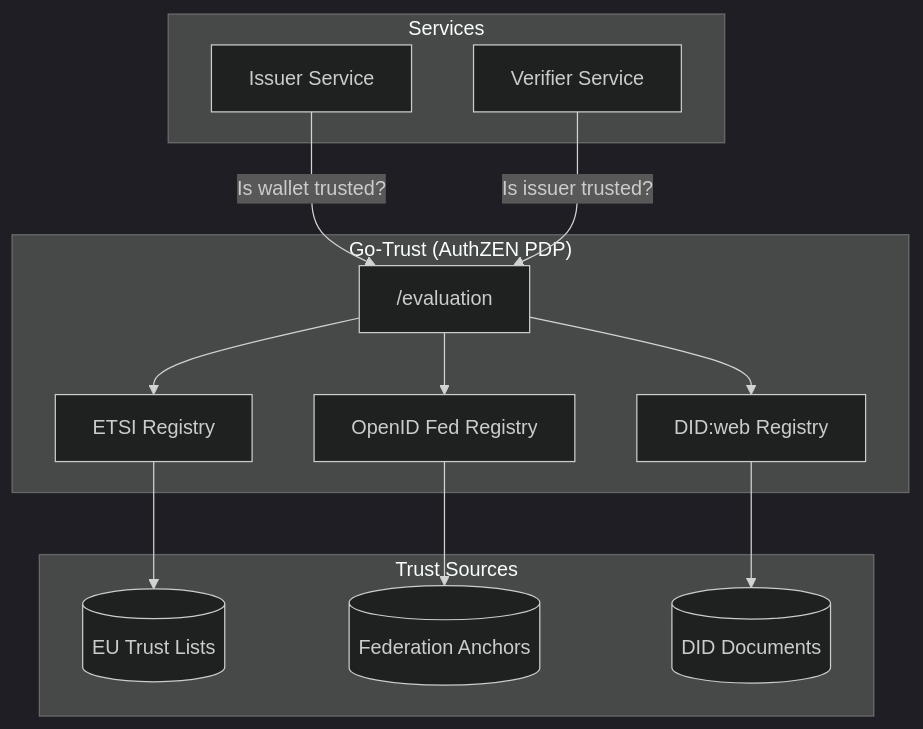
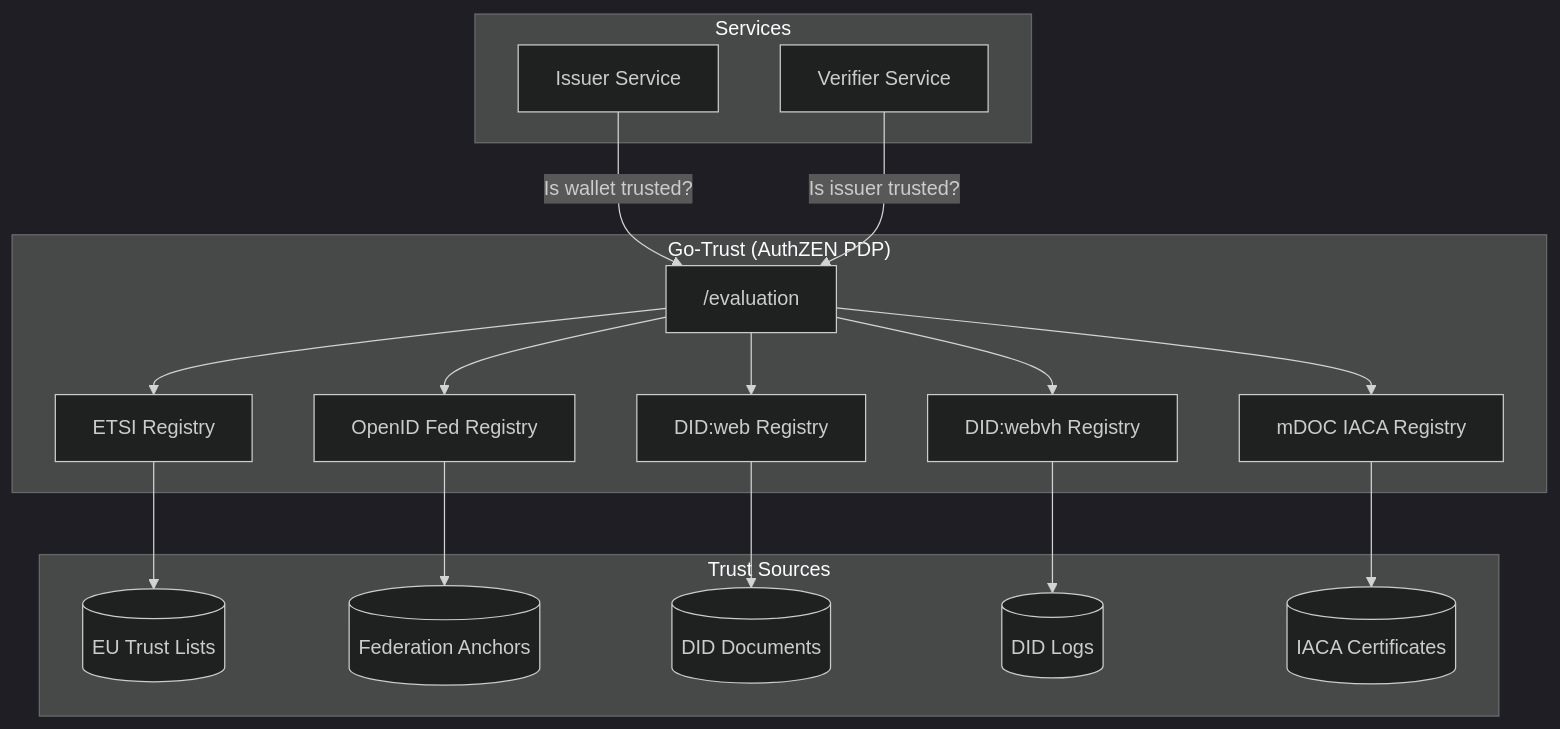
The first of 6 diagrams in docs/sirosid/trust/index.md (sirosfoundation/docs), drawn with Mermaid (dark theme) before and after one commit. The commit also changed 1 other file, not shown here.

Commit message:
Document trust evaluation architecture and policy enforcement pattern
- Add 'Trust Evaluation Architecture' section to go-trust.md explaining the
  canonical pattern: role → policy mapper → request context → registry evaluates
  key against filtered trust anchors
- Add table documenting how each registry uses policy constraints (ETSI dynamic
  cert pools, OIDFed key binding, DID domain/service filtering, mDOC IACA
  policy allowlists)
- Update trust overview diagram to include DID:webvh and mDOC IACA registries

````diff
--- a/docs/sirosid/trust/index.md
+++ b/docs/sirosid/trust/index.md
@@ -26,31 +26,39 @@
 ```mermaid
 flowchart TD
     subgraph Services
         Issuer[Issuer Service]
         Verifier[Verifier Service]
     end
     
     subgraph "Go-Trust (AuthZEN PDP)"
         API["/evaluation"]
         ETSI[ETSI Registry]
         OIDF[OpenID Fed Registry]
         DID[DID:web Registry]
+        DIDVH[DID:webvh Registry]
+        IACA[mDOC IACA Registry]
     end
     
     subgraph "Trust Sources"
         TSL[(EU Trust Lists)]
         Fed[(Federation Anchors)]
         Web[(DID Documents)]
+        Log[(DID Logs)]
+        CA[(IACA Certificates)]
     end
     
     Issuer -->|"Is wallet trusted?"| API
     Verifier -->|"Is issuer trusted?"| API
     
     API --> ETSI
     API --> OIDF
     API --> DID
+    API --> DIDVH
+    API --> IACA
     
     ETSI --> TSL
     OIDF --> Fed
     DID --> Web
+    DIDVH --> Log
+    IACA --> CA
 ```
````
